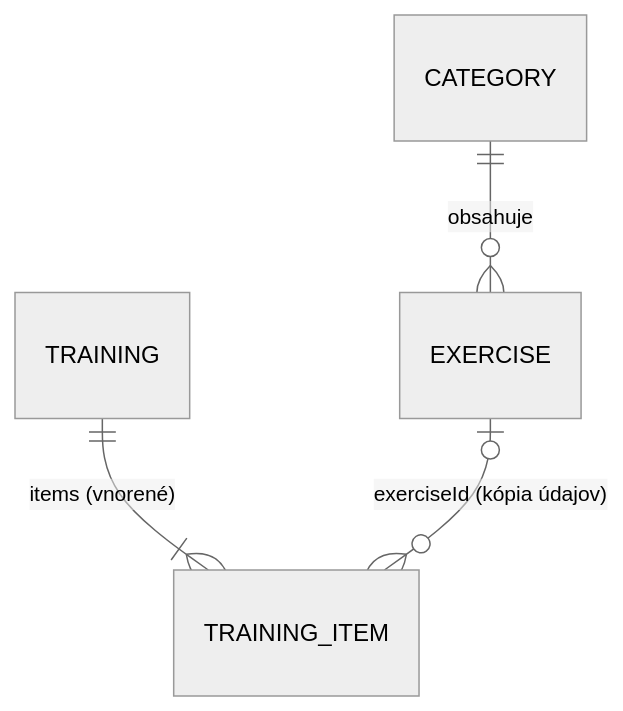
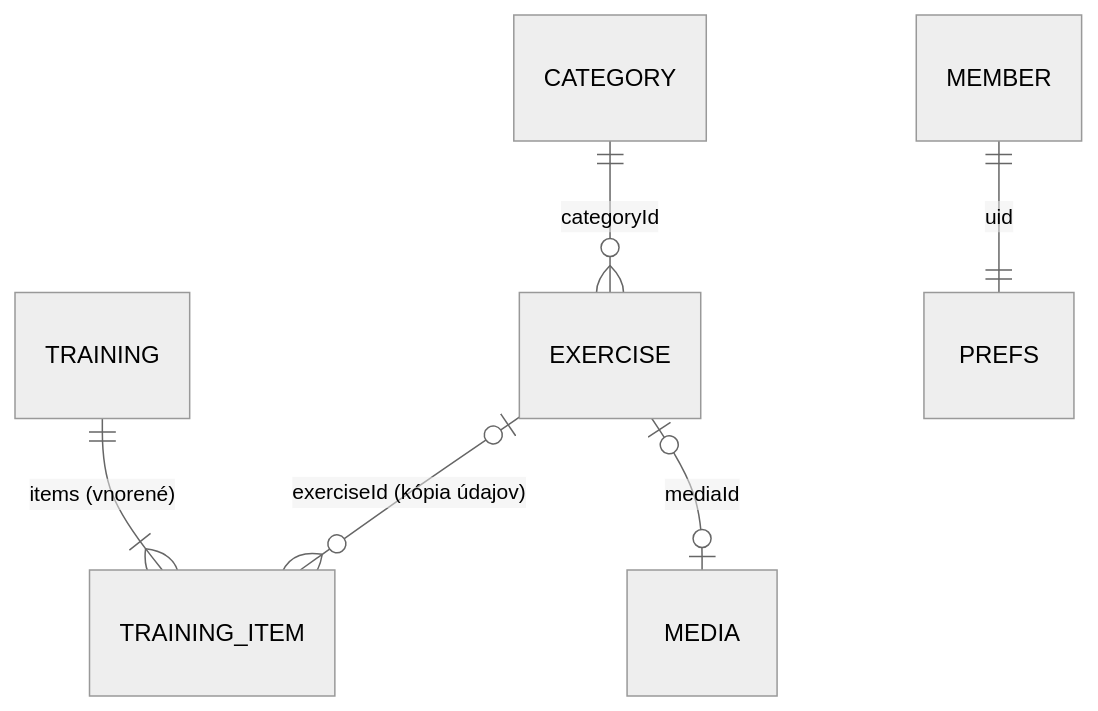
One commit to mckikis/karate-training-planner changed the second of 2 diagrams in DESIGN.md. Above: the diagram before and after it, drawn with Mermaid (neutral theme). The commit also changed other lines of this file and 34 other files, not shown here.

````diff
--- a/DESIGN.md
+++ b/DESIGN.md
@@ -39,6 +47,8 @@
 ```mermaid
 erDiagram
-  CATEGORY ||--o{ EXERCISE : "obsahuje"
+  CATEGORY ||--o{ EXERCISE : "categoryId"
   TRAINING ||--|{ TRAINING_ITEM : "items (vnorené)"
   EXERCISE |o--o{ TRAINING_ITEM : "exerciseId (kópia údajov)"
+  EXERCISE |o--o| MEDIA : "mediaId"
+  MEMBER ||--|| PREFS : "uid"
 ```
````
